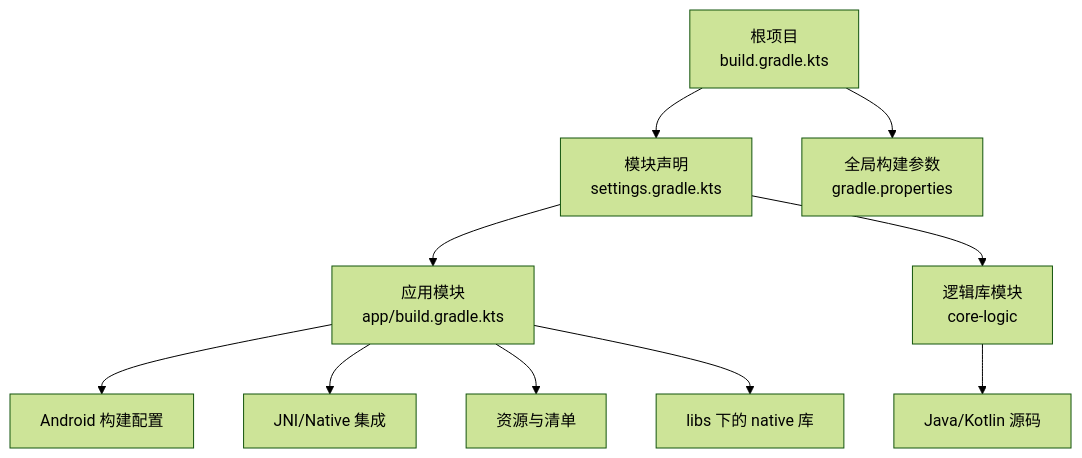
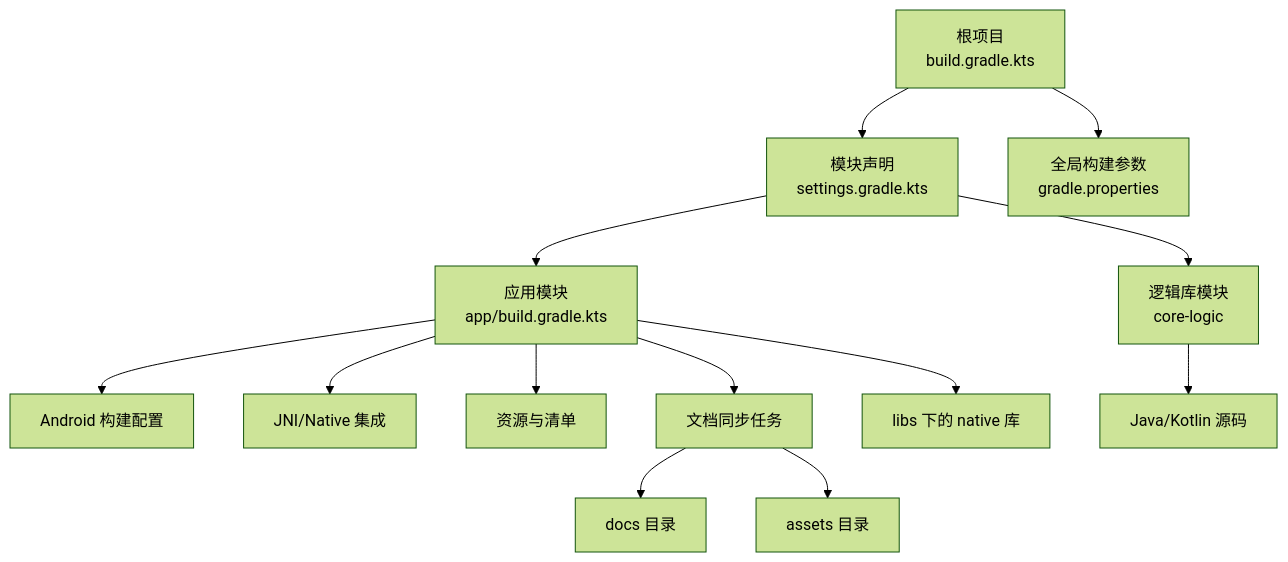
The first of 4 diagrams in .qoder/repowiki/zh/content/部署与构建/Gradle 构建配置.md (qiaodashaoye/ziyou-ime), drawn with Mermaid (forest theme) before and after one commit. The commit also changed other lines of this file and 11 other files, not shown here.

````diff
--- a/.qoder/repowiki/zh/content/部署与构建/Gradle 构建配置.md
+++ b/.qoder/repowiki/zh/content/部署与构建/Gradle 构建配置.md
@@ -36,12 +46,15 @@
 ```mermaid
 graph TB
 root["根项目<br/>build.gradle.kts"] --> settings["模块声明<br/>settings.gradle.kts"]
 root --> props["全局构建参数<br/>gradle.properties"]
 settings --> app_mod["应用模块<br/>app/build.gradle.kts"]
 settings --> core_mod["逻辑库模块<br/>core-logic"]
 app_mod --> android_cfg["Android 构建配置"]
 app_mod --> jni_cfg["JNI/Native 集成"]
 app_mod --> res_cfg["资源与清单"]
+app_mod --> doc_sync["文档同步任务"]
 core_mod --> java_src["Java/Kotlin 源码"]
 app_mod --> native_libs["libs 下的 native 库"]
+doc_sync --> docs_dir["docs 目录"]
+doc_sync --> assets_dir["assets 目录"]
 ```
````
